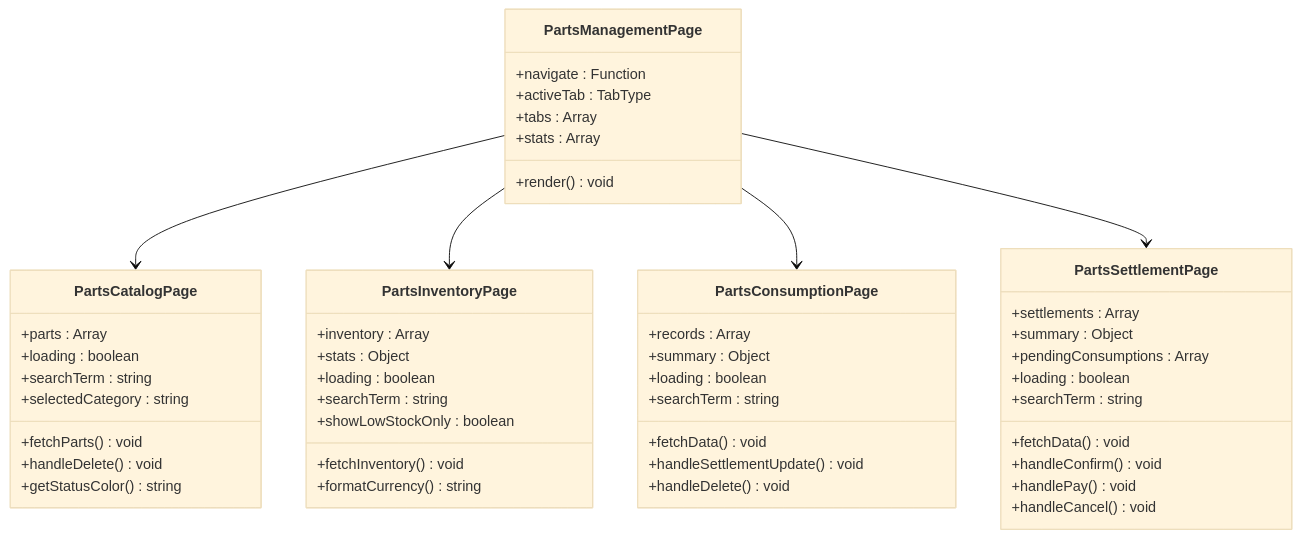
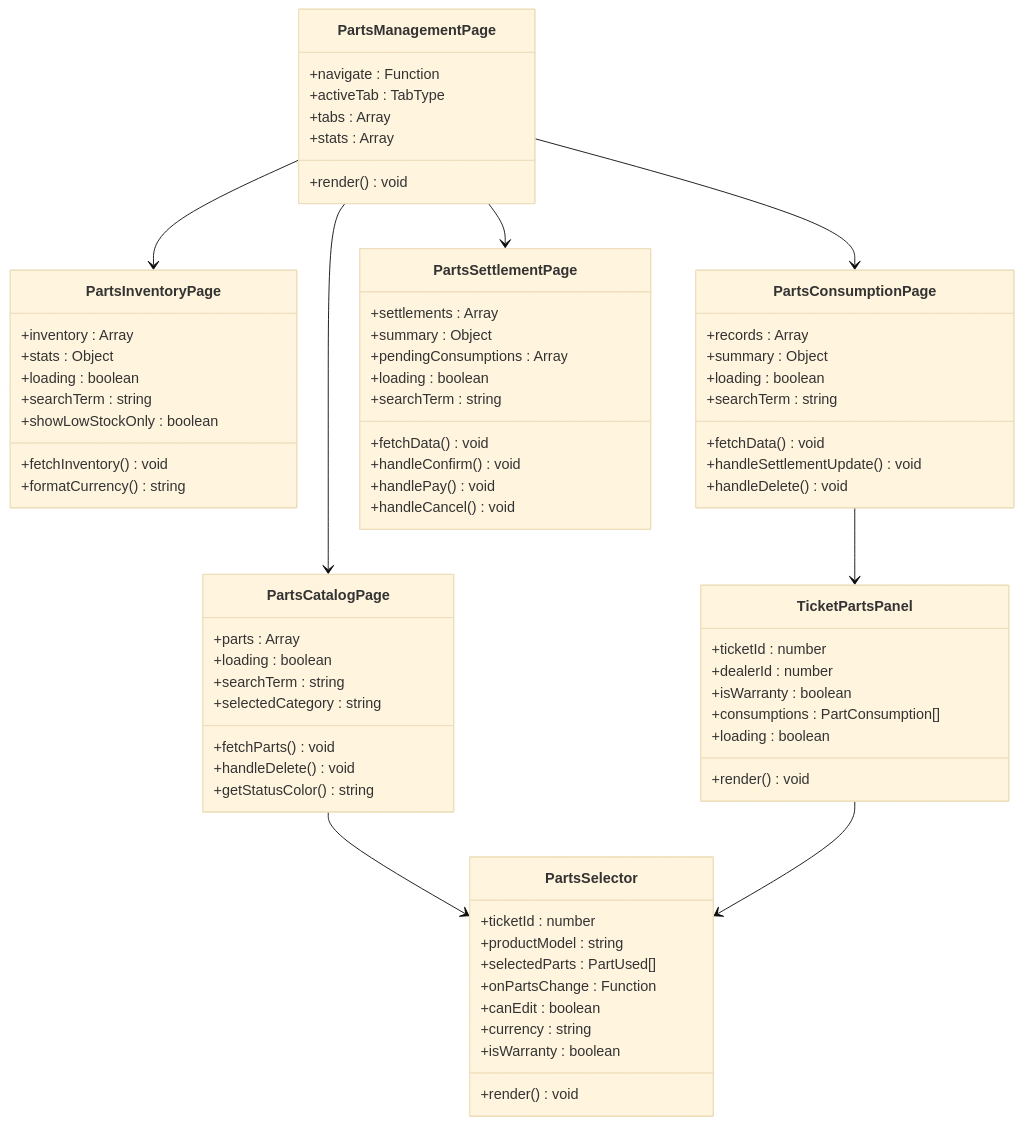
The second of 13 diagrams in .qoder/repowiki/zh/content/数据库设计/配件管理系统.md (CubeEdge/Longhorn), drawn with Mermaid (base theme) before and after one commit. The commit also changed other lines of this file and 28 other files, not shown here.

````diff
--- a/.qoder/repowiki/zh/content/数据库设计/配件管理系统.md
+++ b/.qoder/repowiki/zh/content/数据库设计/配件管理系统.md
@@ -100,52 +113,73 @@
 ```mermaid
 classDiagram
 class PartsManagementPage {
 +navigate : Function
 +activeTab : TabType
 +tabs : Array
 +stats : Array
 +render() void
 }
 class PartsCatalogPage {
 +parts : Array
 +loading : boolean
 +searchTerm : string
 +selectedCategory : string
 +fetchParts() void
 +handleDelete() void
 +getStatusColor() string
 }
 class PartsInventoryPage {
 +inventory : Array
 +stats : Object
 +loading : boolean
 +searchTerm : string
 +showLowStockOnly : boolean
 +fetchInventory() void
 +formatCurrency() string
 }
 class PartsConsumptionPage {
 +records : Array
 +summary : Object
 +loading : boolean
 +searchTerm : string
 +fetchData() void
 +handleSettlementUpdate() void
 +handleDelete() void
 }
 class PartsSettlementPage {
 +settlements : Array
 +summary : Object
 +pendingConsumptions : Array
 +loading : boolean
 +searchTerm : string
 +fetchData() void
 +handleConfirm() void
 +handlePay() void
 +handleCancel() void
 }
+class PartsSelector {
++ticketId : number
++productModel : string
++selectedParts : PartUsed[]
++onPartsChange : Function
++canEdit : boolean
++currency : string
++isWarranty : boolean
++render() void
+}
+class TicketPartsPanel {
++ticketId : number
++dealerId : number
++isWarranty : boolean
++consumptions : PartConsumption[]
++loading : boolean
++render() void
+}
 PartsManagementPage --> PartsCatalogPage
 PartsManagementPage --> PartsInventoryPage
 PartsManagementPage --> PartsConsumptionPage
 PartsManagementPage --> PartsSettlementPage
+PartsCatalogPage --> PartsSelector
+TicketPartsPanel --> PartsSelector
+PartsConsumptionPage --> TicketPartsPanel
 ```
````
